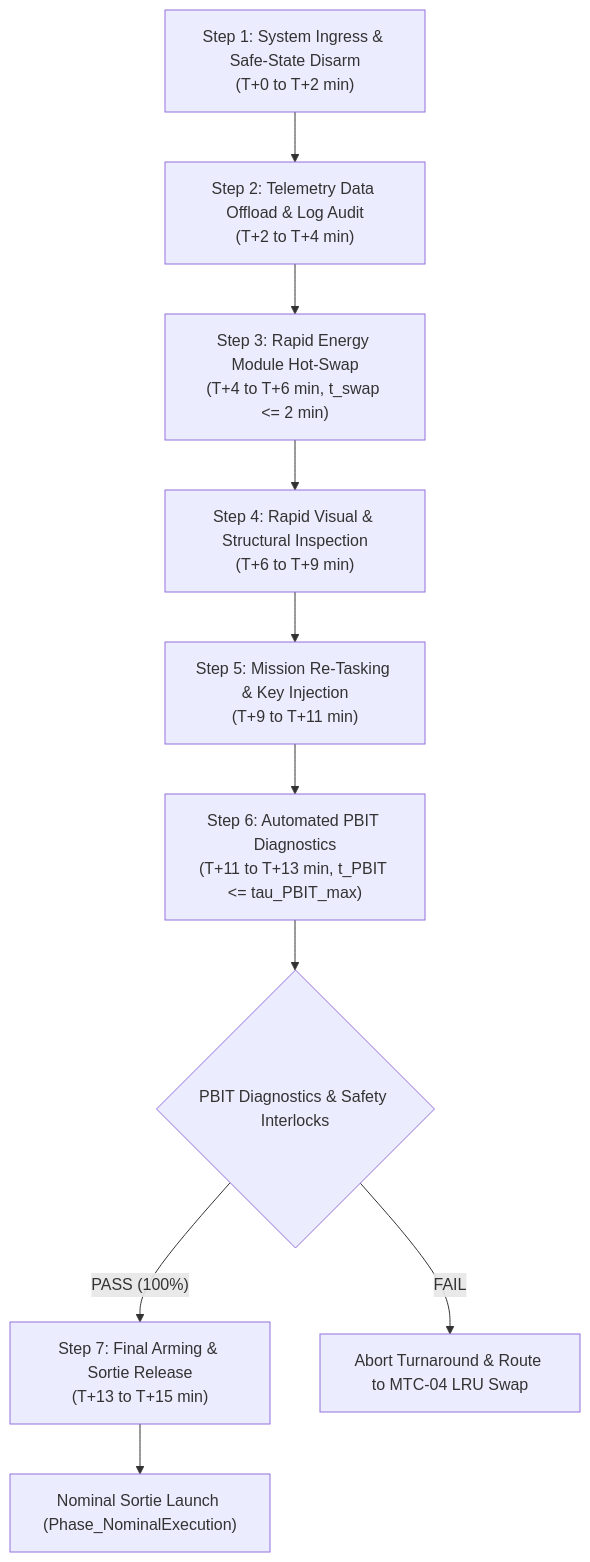
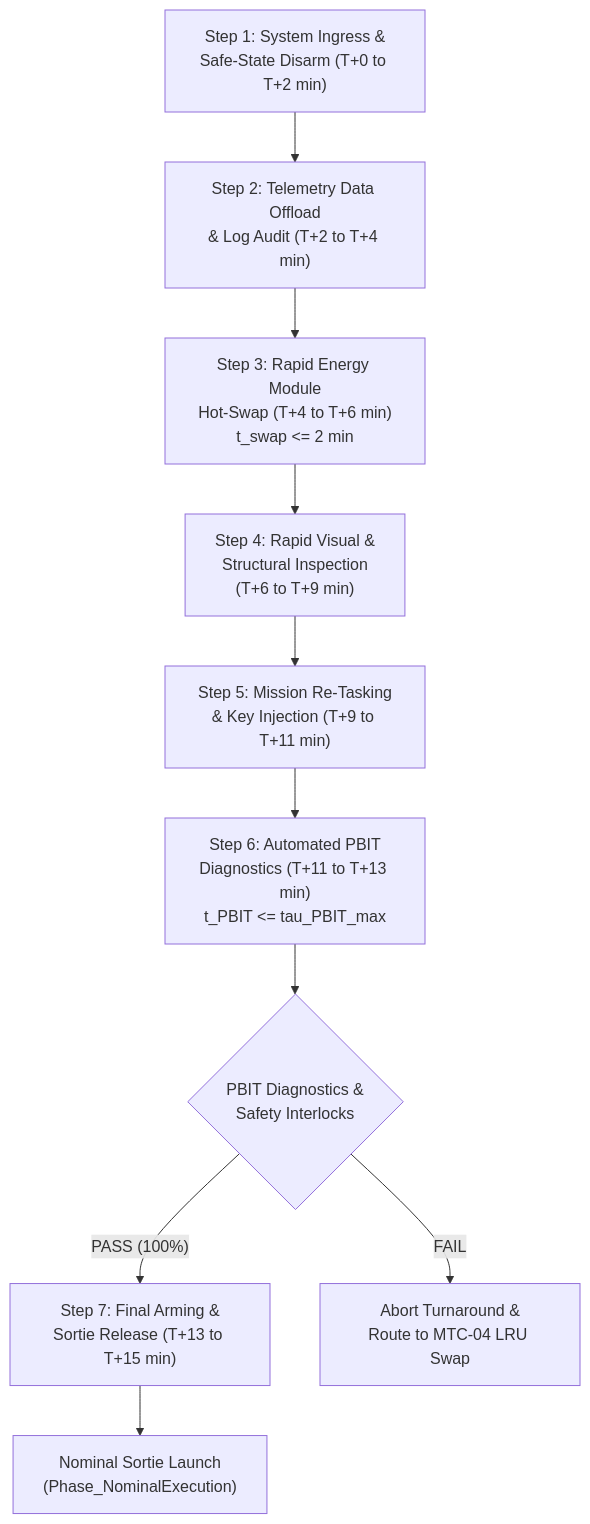
The diagram in docs/conops/units/conops/10_MAINTENANCE_AND_GSE_SUPPORT.md (gintatkinson/uav-13), drawn with Mermaid before and after one commit. The commit also changed 186 other files, not shown here.

Commit message:
chore(pipeline): propagate verified Section 5.5 initialization sequence and Antigravity governance (refs #387, refs #386, refs #385, refs #384, refs #383, refs #382, refs #381, refs #380, refs #379, refs #378, refs #372)

````diff
--- a/docs/conops/units/conops/10_MAINTENANCE_AND_GSE_SUPPORT.md
+++ b/docs/conops/units/conops/10_MAINTENANCE_AND_GSE_SUPPORT.md
@@ -60,12 +60,23 @@
 ```mermaid
 flowchart TD
-    Step1["Step 1: System Ingress & Safe-State Disarm<br/>(T+0 to T+2 min)"] --> Step2["Step 2: Telemetry Data Offload & Log Audit<br/>(T+2 to T+4 min)"]
-    Step2 --> Step3["Step 3: Rapid Energy Module Hot-Swap<br/>(T+4 to T+6 min, t_swap <= 2 min)"]
-    Step3 --> Step4["Step 4: Rapid Visual & Structural Inspection<br/>(T+6 to T+9 min)"]
-    Step4 --> Step5["Step 5: Mission Re-Tasking & Key Injection<br/>(T+9 to T+11 min)"]
-    Step5 --> Step6["Step 6: Automated PBIT Diagnostics<br/>(T+11 to T+13 min, t_PBIT <= tau_PBIT_max)"]
-    Step6 --> GateCheck{"PBIT Diagnostics & Safety Interlocks"}
-    GateCheck -- "PASS (100%)" --> Step7["Step 7: Final Arming & Sortie Release<br/>(T+13 to T+15 min)"]
-    GateCheck -- "FAIL" --> AbortMTC04["Abort Turnaround & Route to MTC-04 LRU Swap"]
-    Step7 --> SortieLaunch["Nominal Sortie Launch (Phase_NominalExecution)"]
+    Step1["Step 1: System Ingress &<br/>Safe-State Disarm (T+0 to T+2 min)"]
+    Step2["Step 2: Telemetry Data Offload<br/>& Log Audit (T+2 to T+4 min)"]
+    Step3["Step 3: Rapid Energy Module<br/>Hot-Swap (T+4 to T+6 min)<br/>t_swap <= 2 min"]
+    Step4["Step 4: Rapid Visual &<br/>Structural Inspection<br/>(T+6 to T+9 min)"]
+    Step5["Step 5: Mission Re-Tasking<br/>& Key Injection (T+9 to T+11 min)"]
+    Step6["Step 6: Automated PBIT<br/>Diagnostics (T+11 to T+13 min)<br/>t_PBIT <= tau_PBIT_max"]
+    GateCheck{"PBIT Diagnostics &<br/>Safety Interlocks"}
+    Step7["Step 7: Final Arming &<br/>Sortie Release (T+13 to T+15 min)"]
+    AbortMTC04["Abort Turnaround &<br/>Route to MTC-04 LRU Swap"]
+    SortieLaunch["Nominal Sortie Launch<br/>(Phase_NominalExecution)"]
+
+    Step1 --> Step2
+    Step2 --> Step3
+    Step3 --> Step4
+    Step4 --> Step5
+    Step5 --> Step6
+    Step6 --> GateCheck
+    GateCheck -- "PASS (100%)" --> Step7
+    GateCheck -- "FAIL" --> AbortMTC04
+    Step7 --> SortieLaunch
 ```
````
